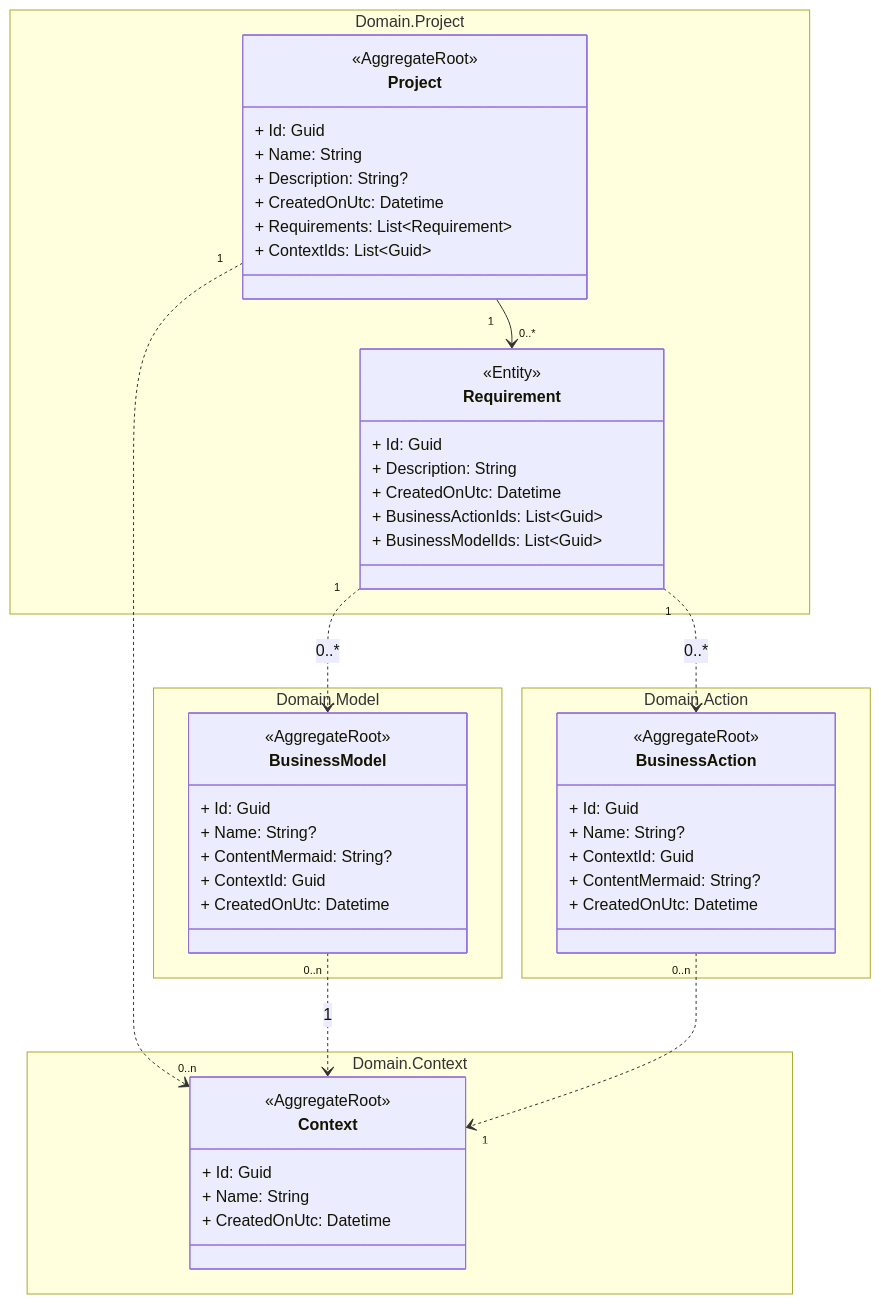
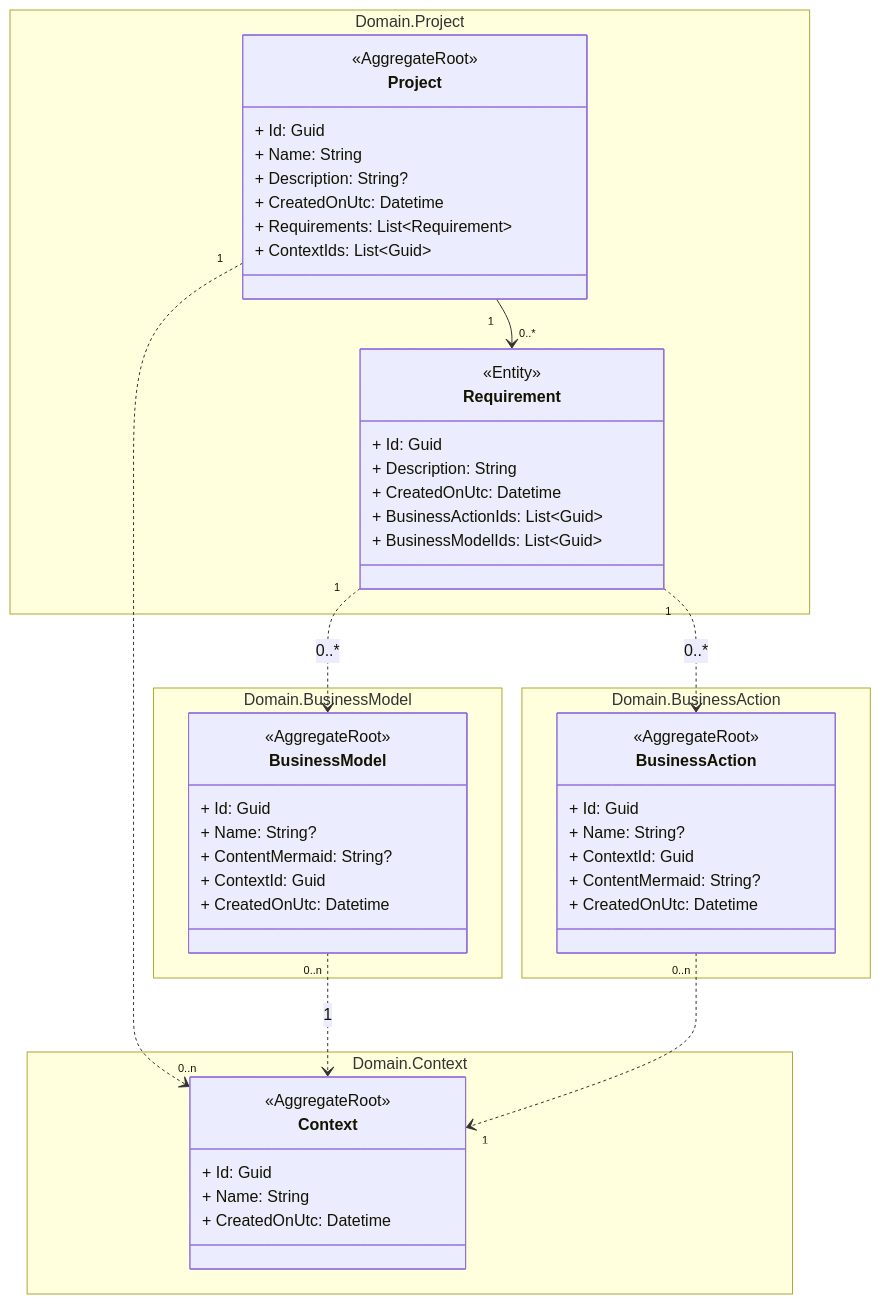
The diagram in UML/Domain/DomainModels.md (sdlfly2000/DomainBasedDesigner), drawn with Mermaid before and after one commit. The commit also changed 27 other files, not shown here.

````diff
--- a/UML/Domain/DomainModels.md
+++ b/UML/Domain/DomainModels.md
@@ -3,66 +3,66 @@
 ```mermaid
 classDiagram
 namespace nsProject["Domain.Project"] {
     class Project {
         <<AggregateRoot>>
         + Id: Guid
         + Name: String
         + Description: String?
         + CreatedOnUtc: Datetime
         + Requirements: List~Requirement~
         + ContextIds: List~Guid~
     }
 
     class Requirement {
         <<Entity>>
         + Id: Guid
         + Description: String
         + CreatedOnUtc: Datetime
         + BusinessActionIds: List~Guid~
         + BusinessModelIds: List~Guid~
     }
 }
 
-namespace nsBusinessAction["Domain.Action"] {
+namespace nsBusinessAction["Domain.BusinessAction"] {
     class BusinessAction {
         <<AggregateRoot>>
         + Id: Guid
         + Name: String?
         + ContextId: Guid
         + ContentMermaid: String?
         + CreatedOnUtc: Datetime
     }
 }
 
-namespace nsBusinessModel["Domain.Model"] {
+namespace nsBusinessModel["Domain.BusinessModel"] {
     class BusinessModel {
         <<AggregateRoot>>
         + Id: Guid
         + Name: String?
         + ContentMermaid: String?
         + ContextId: Guid
         + CreatedOnUtc: Datetime
     }
 }
 
 namespace nsContext["Domain.Context"] {
     class Context {
         <<AggregateRoot>>
         + Id: Guid
         + Name: String
         + CreatedOnUtc: Datetime
     }
 }
 
 %% Entity Relationship
 
 Project "1" --> "0..*" Requirement
 Project "1" ..> "0..n" Context
 
 Requirement "1" ..> BusinessModel : 0..*
 Requirement "1" ..> BusinessAction : 0..*
 
 BusinessModel "0..n" ..> Context : 1
 BusinessAction "0..n" ..> "1" Context
 
 ```
````
